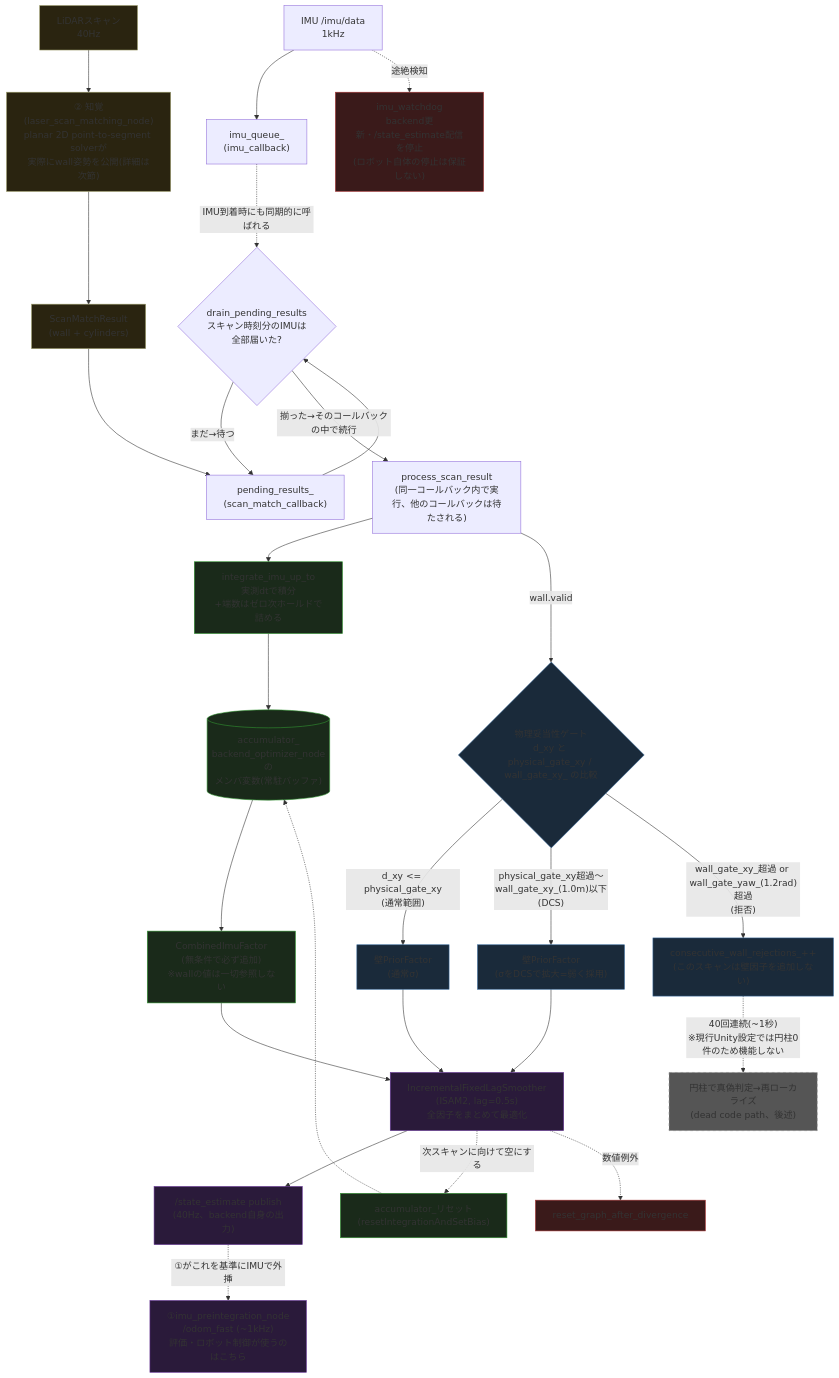
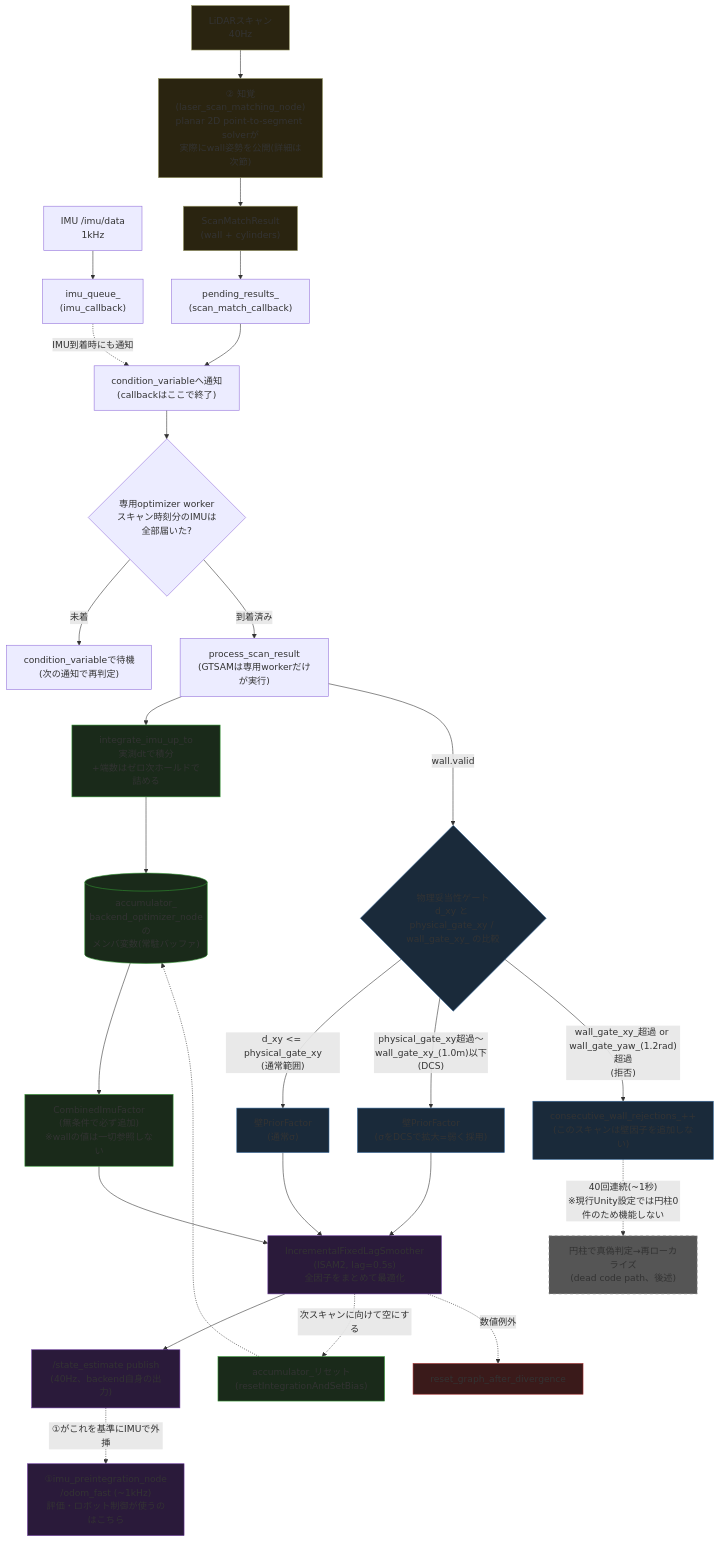
Before and after one commit to YUKICHI6105/lio_localization_sim: the second of 2 diagrams in docs/requirements/backend_estimator_architecture_2026-07-28.md, drawn with Mermaid. The commit also changed other lines of this file and 2334 other files, not shown here.

````diff
--- a/docs/requirements/backend_estimator_architecture_2026-07-28.md
+++ b/docs/requirements/backend_estimator_architecture_2026-07-28.md
@@ -8,55 +47,53 @@
 ```mermaid
 flowchart TD
     IMU["IMU /imu/data<br/>1kHz"] --> QUEUE["imu_queue_<br/>(imu_callback)"]
     SCAN["LiDARスキャン<br/>40Hz"] --> PERCEPTION["② 知覚(laser_scan_matching_node)<br/>planar 2D point-to-segment solverが<br/>実際にwall姿勢を公開(詳細は次節)"]
     PERCEPTION --> SMR["ScanMatchResult<br/>(wall + cylinders)"]
 
     SMR --> PEND["pending_results_<br/>(scan_match_callback)"]
-    PEND --> DRAIN{"drain_pending_results<br/>スキャン時刻分のIMUは<br/>全部届いた?"}
-    QUEUE -.->|"IMU到着時にも同期的に呼ばれる"| DRAIN
-    DRAIN -->|"まだ→待つ"| PEND
-    DRAIN -->|"揃った→そのコールバックの中で続行"| PROCESS["process_scan_result<br/>(同一コールバック内で実行、他のコールバックは待たされる)"]
+    PEND --> EVENT["condition_variableへ通知<br/>(callbackはここで終了)"]
+    QUEUE -.->|"IMU到着時にも通知"| EVENT
+    EVENT --> DRAIN{"専用optimizer worker<br/>スキャン時刻分のIMUは<br/>全部届いた?"}
+    DRAIN -->|"未着"| WAIT["condition_variableで待機<br/>(次の通知で再判定)"]
+    DRAIN -->|"到着済み"| PROCESS["process_scan_result<br/>(GTSAMは専用workerだけが実行)"]
 
     PROCESS --> INTEGRATE["integrate_imu_up_to<br/>実測dtで積分<br/>+端数はゼロ次ホールドで詰める"]
     INTEGRATE --> ACCUMULATOR[("accumulator_<br/>backend_optimizer_nodeの<br/>メンバ変数(常駐バッファ)")]
     ACCUMULATOR --> IMUFACTOR["CombinedImuFactor<br/>(無条件で必ず追加)<br/>※wallの値は一切参照しない"]
 
     PROCESS -->|"wall.valid"| WALLGATE{"物理妥当性ゲート<br/>d_xy と physical_gate_xy / wall_gate_xy_ の比較"}
     WALLGATE -->|"d_xy <= physical_gate_xy<br/>(通常範囲)"| WALLFACTOR["壁PriorFactor<br/>(通常σ)"]
     WALLGATE -->|"physical_gate_xy超過〜wall_gate_xy_(1.0m)以下<br/>(DCS)"| DCSFACTOR["壁PriorFactor<br/>(σをDCSで拡大=弱く採用)"]
     WALLGATE -->|"wall_gate_xy_超過 or wall_gate_yaw_(1.2rad)超過<br/>(拒否)"| REJECT["consecutive_wall_rejections_++<br/>(このスキャンは壁因子を追加しない)"]
 
     IMUFACTOR --> ISAM2["IncrementalFixedLagSmoother<br/>(ISAM2, lag=0.5s)<br/>全因子をまとめて最適化"]
     WALLFACTOR --> ISAM2
     DCSFACTOR --> ISAM2
 
     ISAM2 --> ESTIMATE["/state_estimate publish<br/>(40Hz、backend自身の出力)"]
     ESTIMATE -.->|"①がこれを基準にIMUで外挿"| ODOMFAST["①imu_preintegration_node<br/>/odom_fast (~1kHz)<br/>評価・ロボット制御が使うのはこちら"]
     ISAM2 -.->|"次スキャンに向けて空にする"| RESETACC["accumulator_リセット<br/>(resetIntegrationAndSetBias)"]
     RESETACC -.-> ACCUMULATOR
     ISAM2 -.->|"数値例外"| DIVERGE["reset_graph_after_divergence"]
     REJECT -.->|"40回連続(~1秒)<br/>※現行Unity設定では円柱0件のため機能しない"| RELOC["円柱で真偽判定→再ローカライズ<br/>(dead code path、後述)"]
-    IMU -.->|"途絶検知"| WATCHDOG["imu_watchdog<br/>backend更新・/state_estimate配信を停止<br/>(ロボット自体の停止は保証しない)"]
-
     style SCAN fill:#2a2410,stroke:#996
     style PERCEPTION fill:#2a2410,stroke:#996
     style SMR fill:#2a2410,stroke:#996
 
     style INTEGRATE fill:#1a2a1a,stroke:#393
     style ACCUMULATOR fill:#1a2a1a,stroke:#393
     style IMUFACTOR fill:#1a2a1a,stroke:#393
     style RESETACC fill:#1a2a1a,stroke:#393
 
     style WALLGATE fill:#1a2a3a,stroke:#369
     style WALLFACTOR fill:#1a2a3a,stroke:#369
     style DCSFACTOR fill:#1a2a3a,stroke:#369
     style REJECT fill:#1a2a3a,stroke:#369
 
     style ISAM2 fill:#2a1a3a,stroke:#639
     style ESTIMATE fill:#2a1a3a,stroke:#639
     style ODOMFAST fill:#2a1a3a,stroke:#639
 
     style DIVERGE fill:#3a1a1a,stroke:#a33
     style RELOC fill:#555,stroke:#888,stroke-dasharray: 5 5
-    style WATCHDOG fill:#3a1a1a,stroke:#a33
 ```
````
